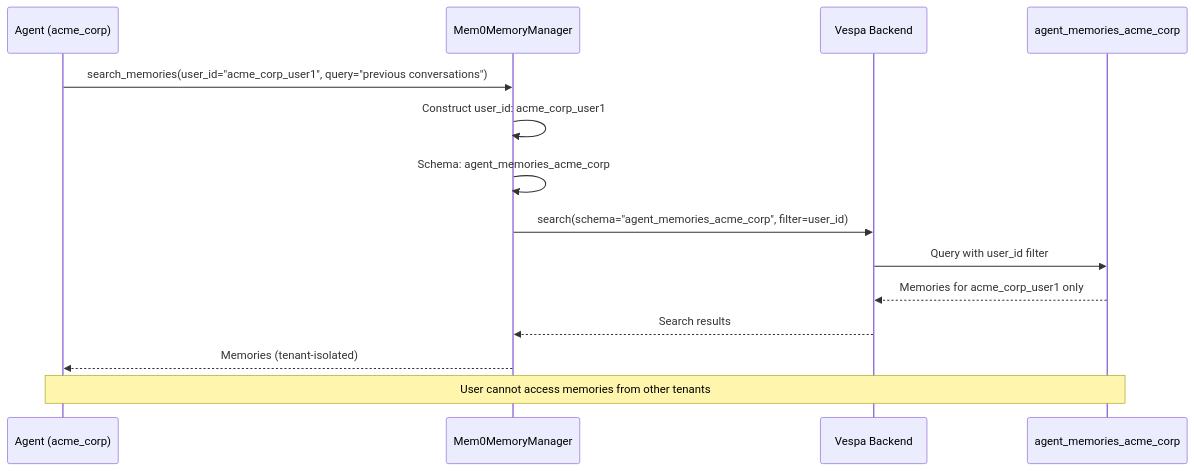
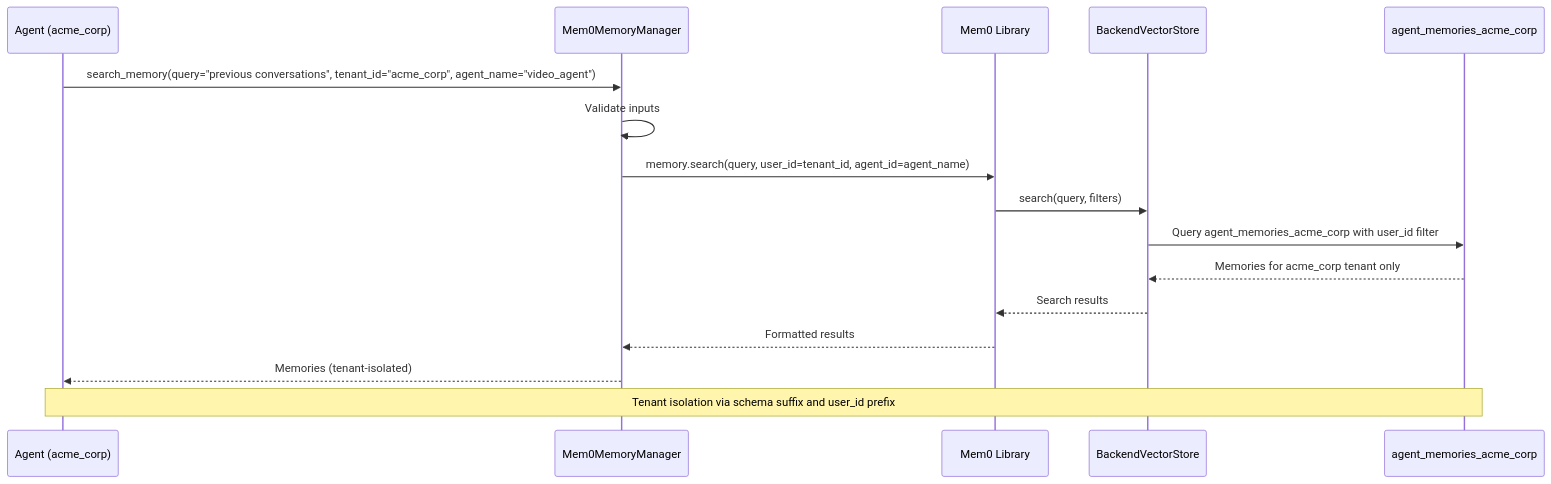
One commit to amit-jain/cogniverse changed diagram 14 of 19 in docs/diagrams/multi-tenant-diagrams.md. Above: the diagram before and after it, drawn with Mermaid. The commit also changed other lines of this file and 83 other files, not shown here.

First line of the commit message:
Fix documentation veracity, formatting, and diagrams across all modules

````diff
--- a/docs/diagrams/multi-tenant-diagrams.md
+++ b/docs/diagrams/multi-tenant-diagrams.md
@@ -554,21 +592,23 @@
 ```mermaid
 sequenceDiagram
     participant Agent as Agent (acme_corp)
     participant Memory as Mem0MemoryManager
-    participant Vespa as Vespa Backend
+    participant Mem0 as Mem0 Library
+    participant Backend as BackendVectorStore
     participant Schema as agent_memories_acme_corp
 
-    Agent->>Memory: search_memories(user_id="acme_corp_user1", query="previous conversations")
+    Agent->>Memory: search_memory(query="previous conversations", tenant_id="acme_corp", agent_name="video_agent")
 
-    Memory->>Memory: Construct user_id: acme_corp_user1
-    Memory->>Memory: Schema: agent_memories_acme_corp
+    Memory->>Memory: Validate inputs
+    Memory->>Mem0: memory.search(query, user_id=tenant_id, agent_id=agent_name)
 
-    Memory->>Vespa: search(schema="agent_memories_acme_corp", filter=user_id)
-    Vespa->>Schema: Query with user_id filter
-    Schema-->>Vespa: Memories for acme_corp_user1 only
+    Mem0->>Backend: search(query, filters)
+    Backend->>Schema: Query agent_memories_acme_corp with user_id filter
+    Schema-->>Backend: Memories for acme_corp tenant only
 
-    Vespa-->>Memory: Search results
+    Backend-->>Mem0: Search results
+    Mem0-->>Memory: Formatted results
     Memory-->>Agent: Memories (tenant-isolated)
 
-    Note over Agent,Schema: User cannot access memories from other tenants
+    Note over Agent,Schema: Tenant isolation via schema suffix and user_id prefix
 ```
````
